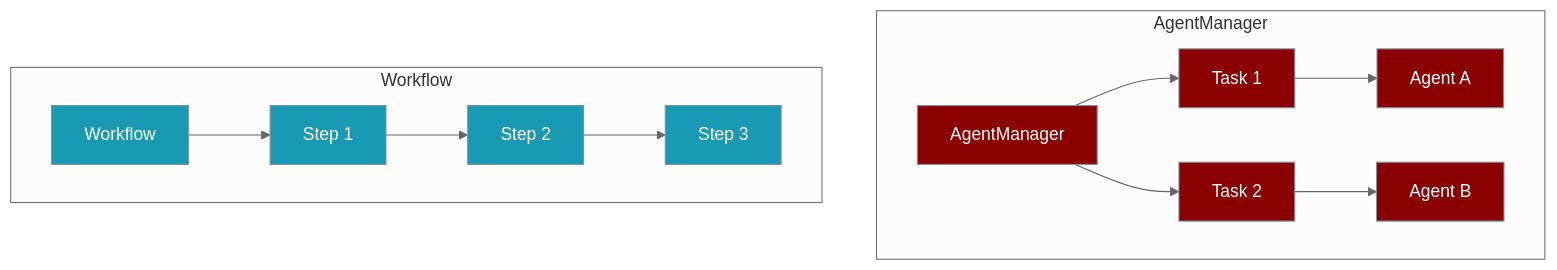
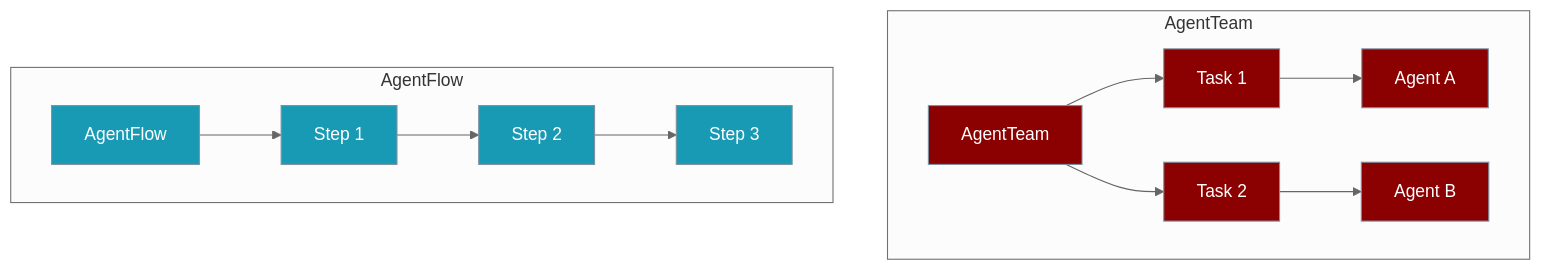
One commit to MervinPraison/PraisonAIDocs changed the first of 2 diagrams in docs/concepts/orchestration.mdx. Above: the diagram before and after it, drawn with Mermaid (neutral theme). The commit also changed other lines of this file and 270 other files, not shown here.

````diff
--- a/docs/concepts/orchestration.mdx
+++ b/docs/concepts/orchestration.mdx
@@ -11,21 +15,21 @@
 ```mermaid
 graph TD
-    subgraph "AgentManager"
-        AM[AgentManager] --> T1[Task 1]
+    subgraph "AgentTeam"
+        AM[AgentTeam] --> T1[Task 1]
         AM --> T2[Task 2]
         T1 --> A1[Agent A]
         T2 --> A2[Agent B]
     end
     
-    subgraph "Workflow"
-        WF[Workflow] --> S1[Step 1]
+    subgraph "AgentFlow"
+        WF[AgentFlow] --> S1[Step 1]
         S1 --> S2[Step 2]
         S2 --> S3[Step 3]
     end
     
     classDef manager fill:#8B0000,stroke:#7C90A0,color:#fff
     classDef workflow fill:#189AB4,stroke:#7C90A0,color:#fff
     
     class AM,T1,T2,A1,A2 manager
     class WF,S1,S2,S3 workflow
 ```
````
